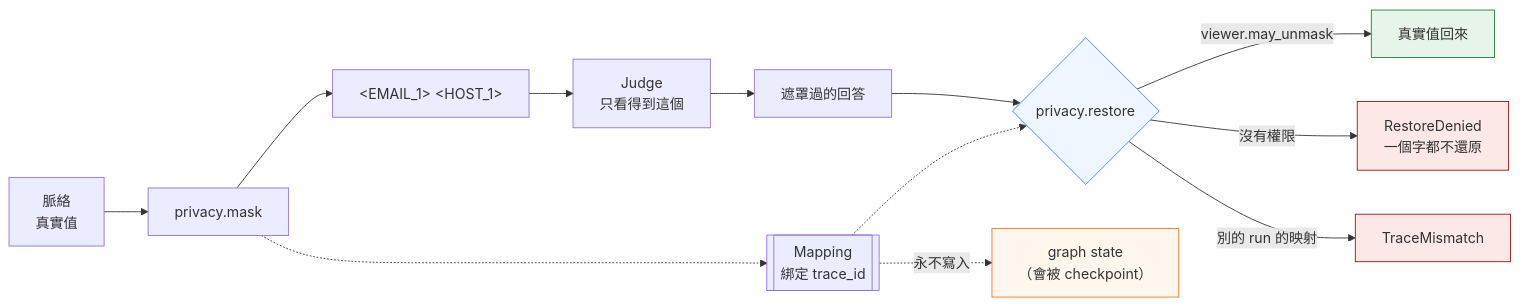
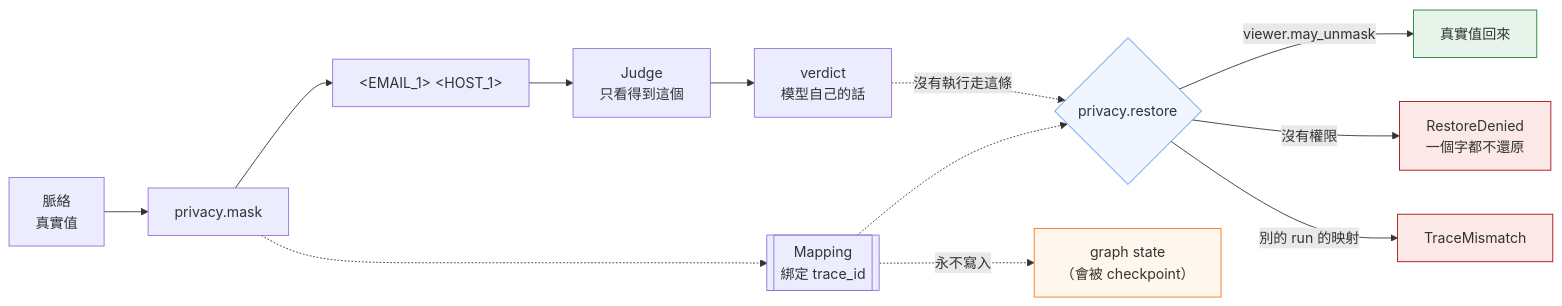
Before and after one commit to qaz1996001/agent-control-plane: the third of 4 diagrams in docs/design.zh-TW.md, drawn with Mermaid. The commit also changed other lines of this file and 6 other files, not shown here.

````diff
--- a/docs/design.zh-TW.md
+++ b/docs/design.zh-TW.md
@@ -96,22 +96,22 @@
 ```mermaid
 flowchart LR
     C["脈絡<br/>真實值"] --> M["privacy.mask"]
     M --> P["&lt;EMAIL_1&gt; &lt;HOST_1&gt;"]
     M -.-> MAP[["Mapping<br/>綁定 trace_id"]]
     P --> J["Judge<br/>只看得到這個"]
-    J --> R["遮罩過的回答"]
+    J --> R["verdict<br/>模型自己的話"]
 
-    R --> RS{"privacy.restore"}
+    R -.->|"沒有執行走這條"| RS{"privacy.restore"}
     MAP -.-> RS
     RS -->|"viewer.may_unmask"| OK["真實值回來"]
     RS -->|"沒有權限"| D1["RestoreDenied<br/>一個字都不還原"]
     RS -->|"別的 run 的映射"| D2["TraceMismatch"]
 
     MAP -.->|"永不寫入"| ST["graph state<br/>（會被 checkpoint）"]
 
     style D1 fill:#fce8e6,stroke:#a50e0e
     style D2 fill:#fce8e6,stroke:#a50e0e
     style OK fill:#e6f4ea,stroke:#1e7e34
     style RS fill:#eff6ff,stroke:#3b82f6
     style ST fill:#fff7ed,stroke:#f97316
 ```
````
